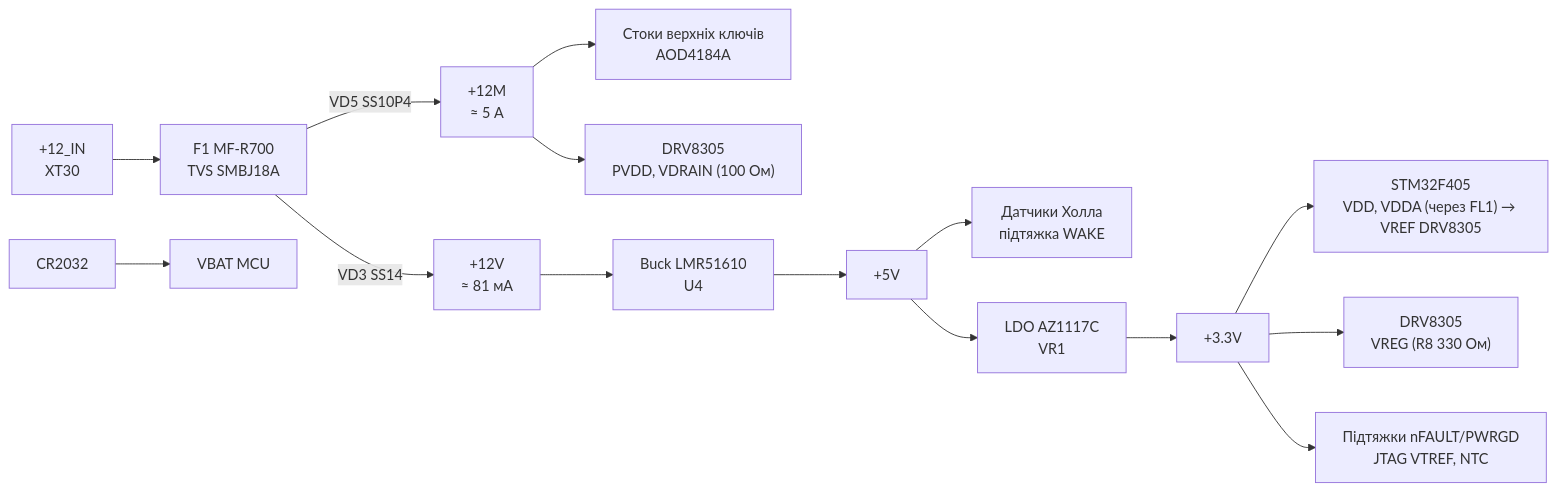
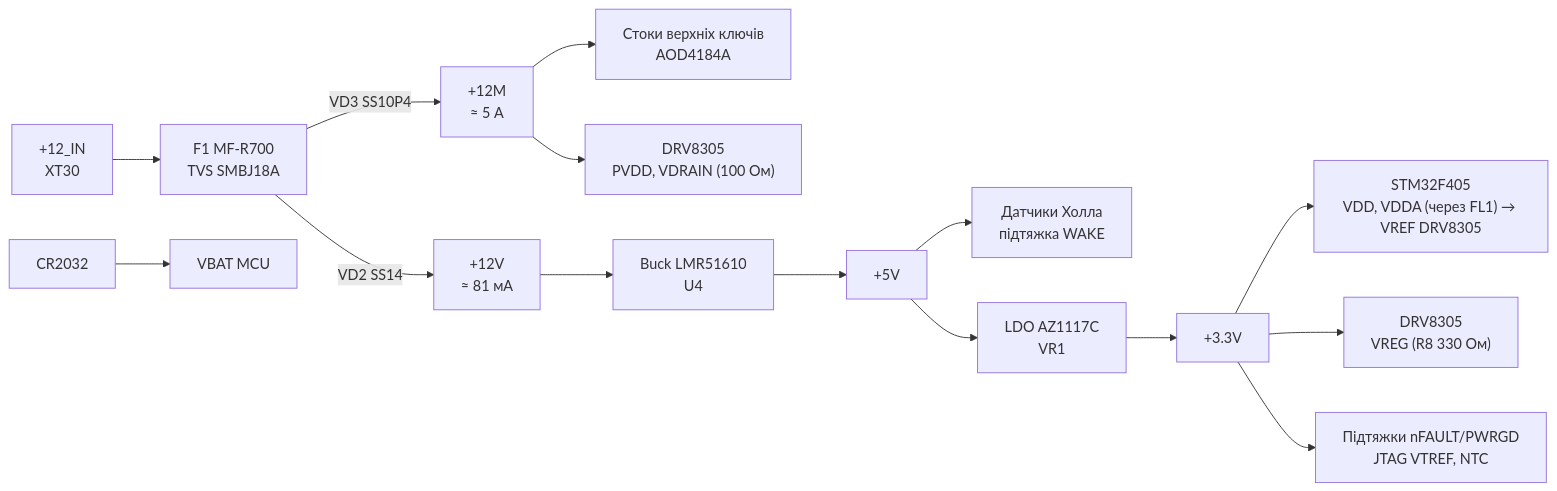
The second of 2 diagrams in motor-drive-controller/docs/architecture.md (anhro/hardware-development), drawn with Mermaid before and after one commit. The commit also changed other lines of this file and 3 other files, not shown here.

````diff
--- a/motor-drive-controller/docs/architecture.md
+++ b/motor-drive-controller/docs/architecture.md
@@ -33,17 +33,17 @@
 ```mermaid
 flowchart LR
     IN["+12_IN<br/>XT30"] --> F1["F1 MF-R700<br/>TVS SMBJ18A"]
-    F1 -- "VD5 SS10P4" --> V12M["+12M<br/>≈ 5 А"]
-    F1 -- "VD3 SS14" --> V12["+12V<br/>≈ 81 мА"]
+    F1 -- "VD3 SS10P4" --> V12M["+12M<br/>≈ 5 А"]
+    F1 -- "VD2 SS14" --> V12["+12V<br/>≈ 81 мА"]
     V12M --> Q["Стоки верхніх ключів<br/>AOD4184A"]
     V12M --> PVDD["DRV8305<br/>PVDD, VDRAIN (100 Ом)"]
     V12 --> BUCK["Buck LMR51610<br/>U4"]
     BUCK --> V5["+5V"]
     V5 --> HALL["Датчики Холла<br/>підтяжка WAKE"]
     V5 --> LDO["LDO AZ1117C<br/>VR1"]
     LDO --> V33["+3.3V"]
     V33 --> MCUP["STM32F405<br/>VDD, VDDA (через FL1) → VREF DRV8305"]
     V33 --> DRVL["DRV8305<br/>VREG (R8 330 Ом)"]
     V33 --> PU["Підтяжки nFAULT/PWRGD<br/>JTAG VTREF, NTC"]
     BAT["CR2032"] --> VBAT["VBAT MCU"]
 ```
````
